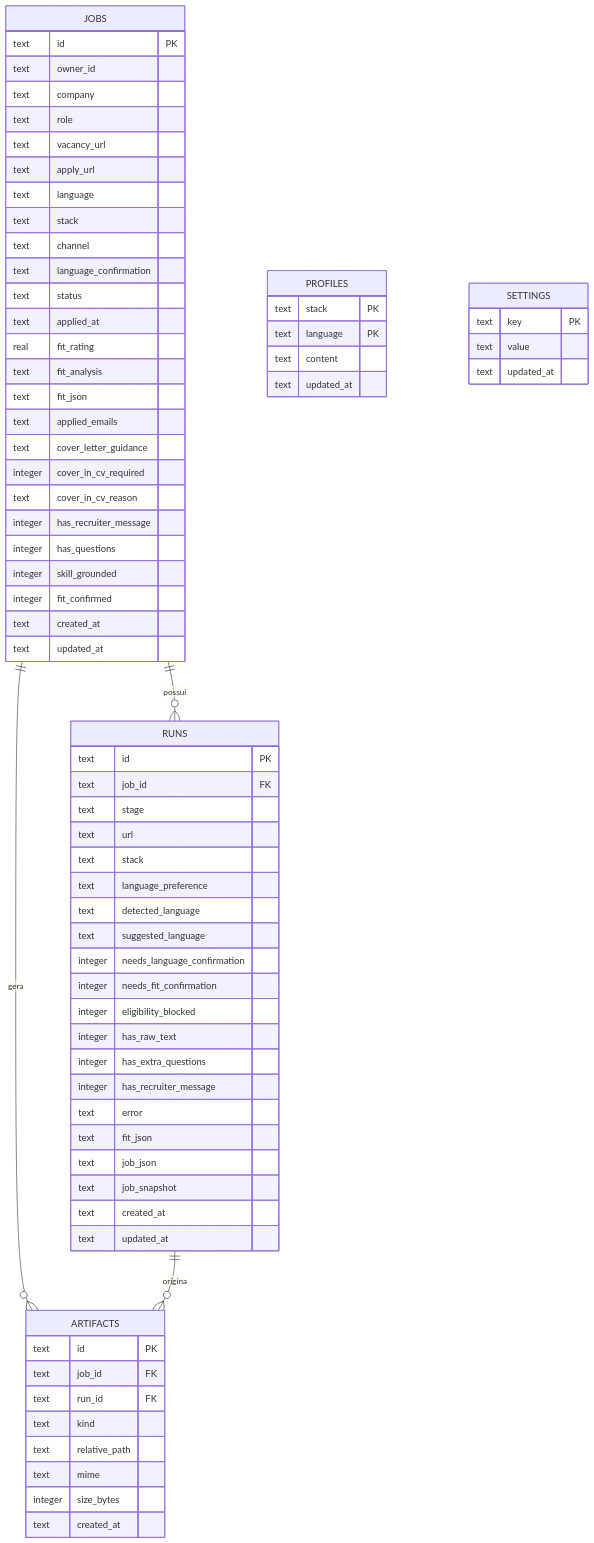
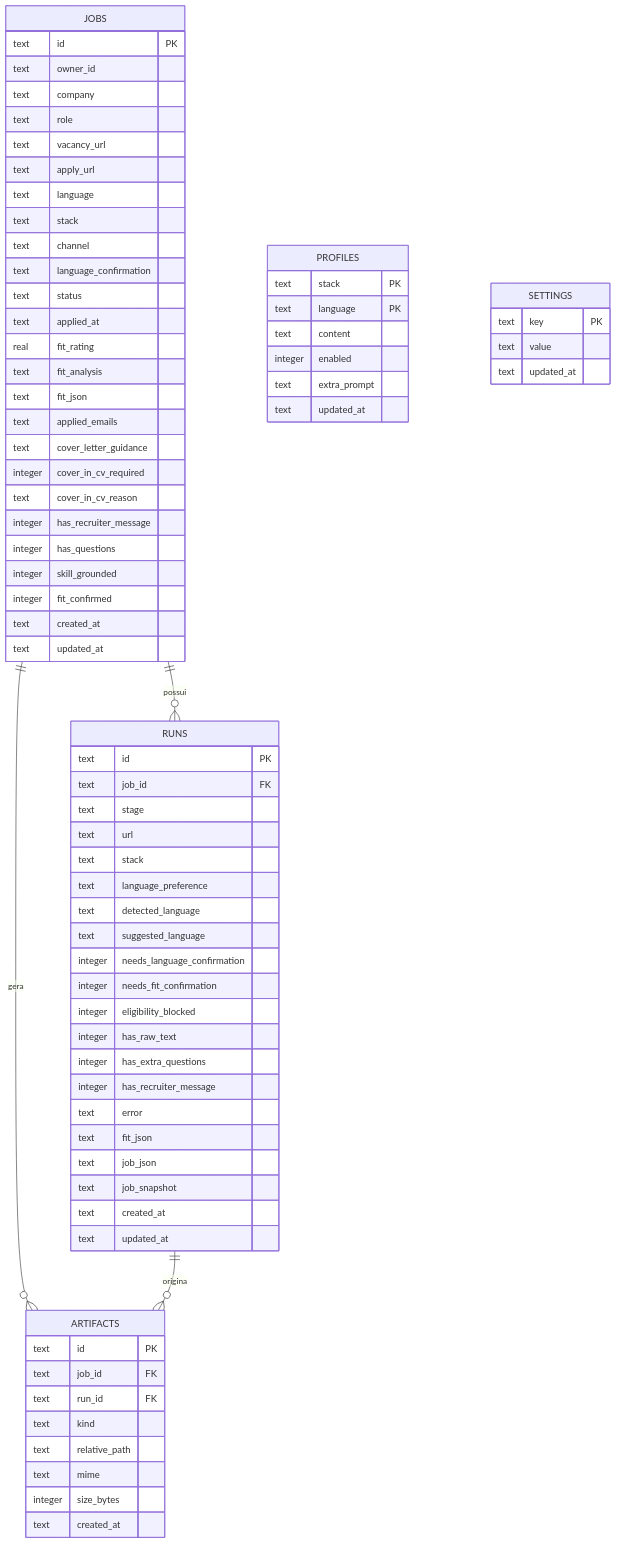
Before and after one commit to HDias/job-search: the first of 2 diagrams in docs/data-model.md, drawn with Mermaid. The commit also changed other lines of this file and 6 other files, not shown here.

```diff
--- a/docs/data-model.md
+++ b/docs/data-model.md
@@ -74,6 +74,8 @@
     text stack PK
     text language PK
     text content
+    integer enabled
+    text extra_prompt
     text updated_at
   }
 
```
